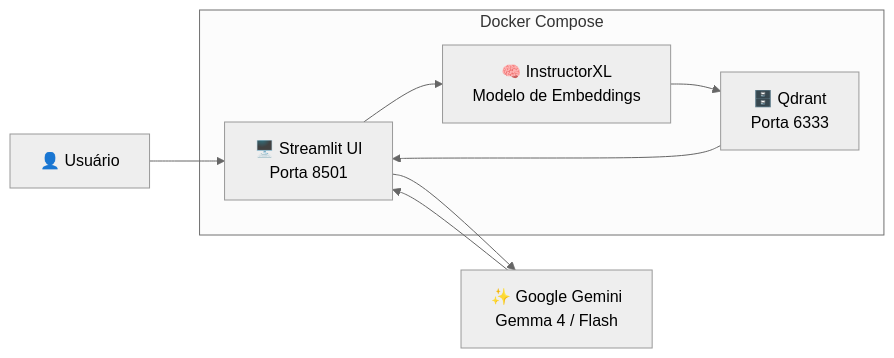
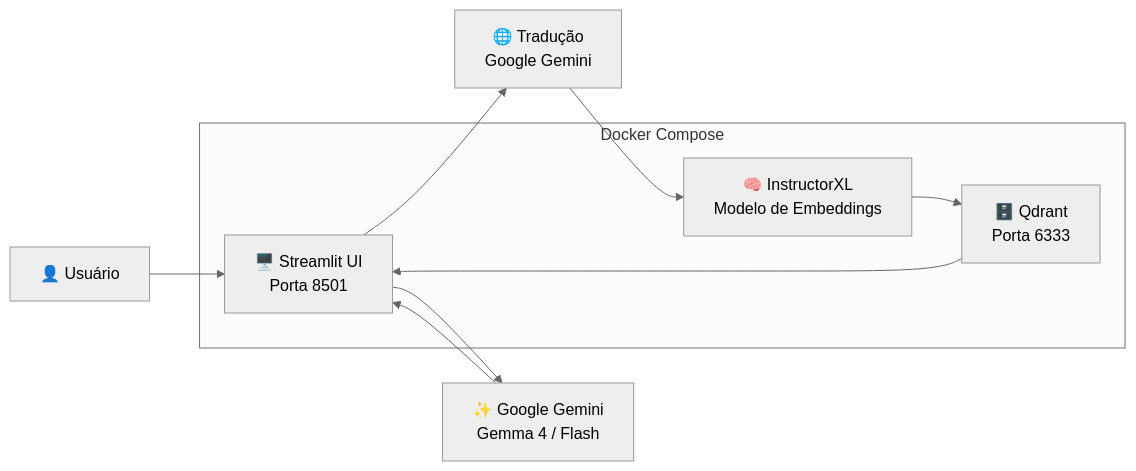
Before and after one commit to Igorbraziel/sgbd-vector-database: the diagram in README.md, drawn with Mermaid (neutral theme). The commit also changed other lines of this file, not shown here.

````diff
--- a/README.md
+++ b/README.md
@@ -21,15 +21,16 @@
 ```mermaid
 graph LR
     U["👤 Usuário"] --> ST["🖥️ Streamlit UI<br/>Porta 8501"]
-    ST --> EMB["🧠 InstructorXL<br/>Modelo de Embeddings"]
+    ST --> TR["🌐 Tradução<br/>Google Gemini"]
+    TR --> EMB["🧠 InstructorXL<br/>Modelo de Embeddings"]
     EMB --> QD["🗄️ Qdrant<br/>Porta 6333"]
     QD --> ST
     ST --> GM["✨ Google Gemini<br/>Gemma 4 / Flash"]
     GM --> ST
 
     subgraph Docker["Docker Compose"]
         ST
         EMB
         QD
     end
 ```
````
